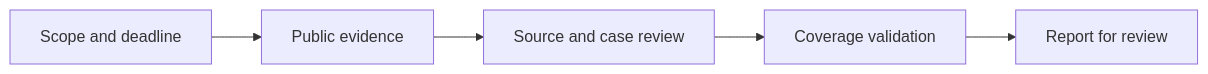
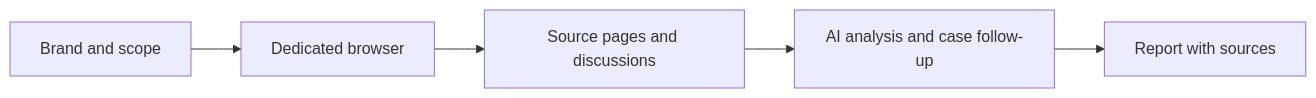
Before and after one commit to miyahluvgames-source/brand-reputation-monitor-skill: the diagram in README.md, drawn with Mermaid. The commit also changed other lines of this file and 27 other files, not shown here.

Commit message:
Add dedicated browser setup and guided login for brand monitoring

````diff
--- a/README.md
+++ b/README.md
@@ -64,7 +60,7 @@
 ```mermaid
 flowchart LR
-  A[Scope and deadline] --> B[Public evidence]
-  B --> C[Source and case review]
-  C --> D[Coverage validation]
-  D --> E[Report for review]
+  A[Brand and scope] --> B[Dedicated browser]
+  B --> C[Source pages and discussions]
+  C --> D[AI analysis and case follow-up]
+  D --> E[Report with sources]
 ```
````
